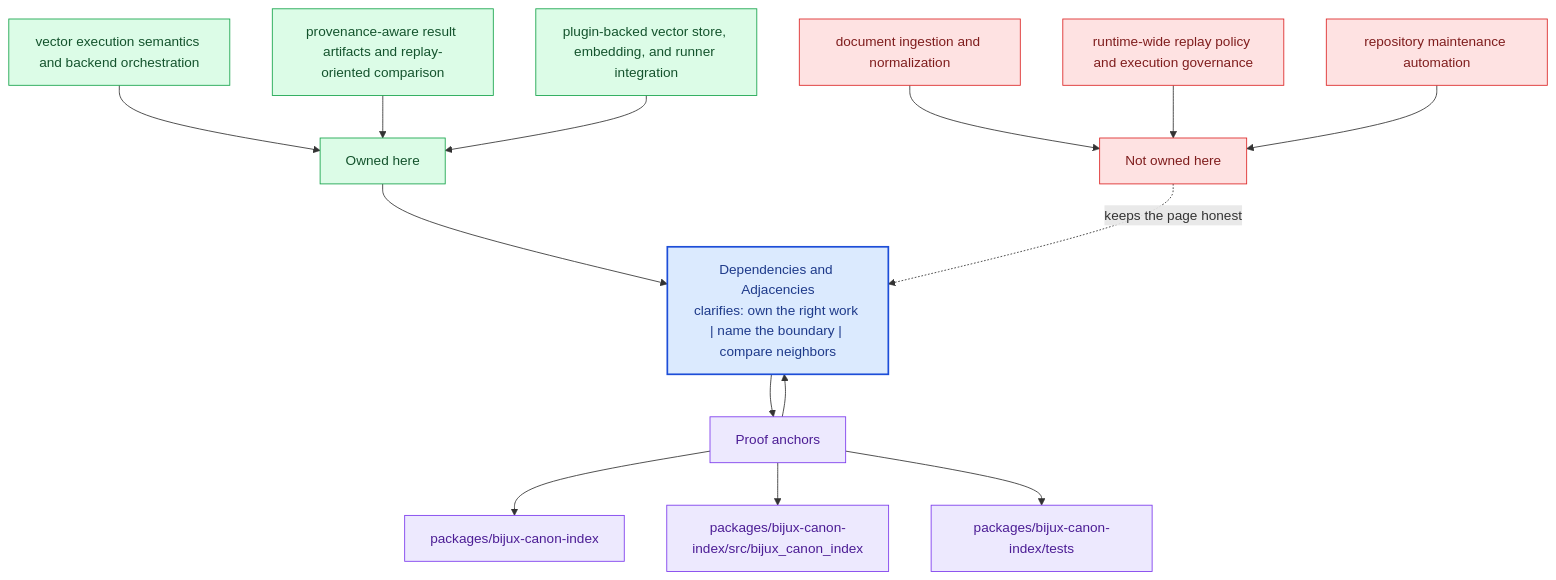
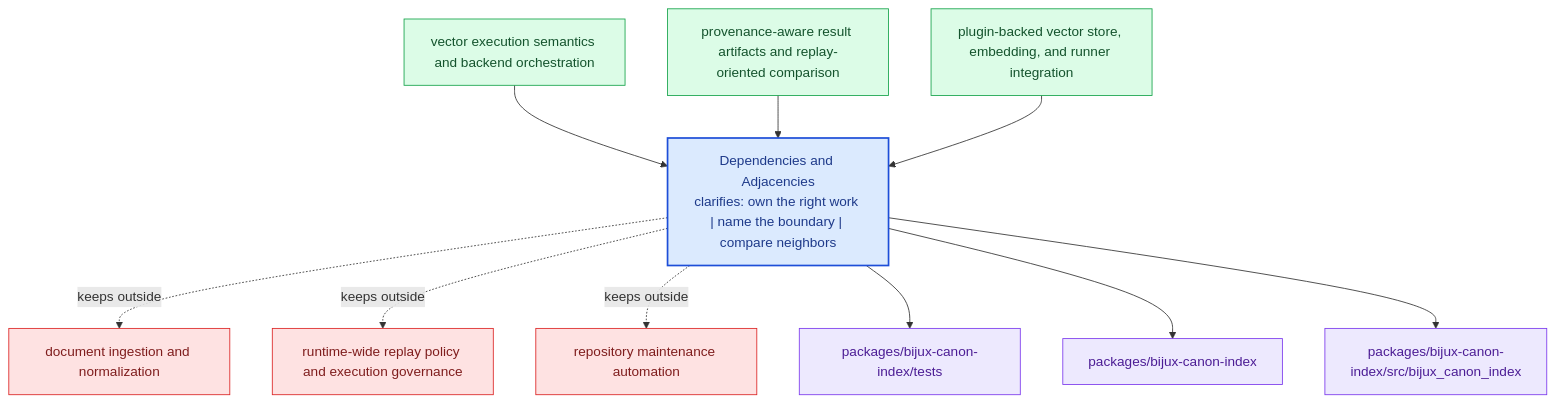
Before and after one commit to bijux/bijux-canon: the diagram in docs/bijux-canon-index/foundation/dependencies-and-adjacencies.md, drawn with Mermaid. The commit also changed other lines of this file and 281 other files, not shown here.

Commit message:
docs(diagrams): replace repeated mermaid scaffolds with page-specific summaries

````diff
--- a/docs/bijux-canon-index/foundation/dependencies-and-adjacencies.md
+++ b/docs/bijux-canon-index/foundation/dependencies-and-adjacencies.md
@@ -69,40 +24,31 @@
 ```mermaid
 flowchart TB
-    promise["Dependencies and Adjacencies<br/>clarifies: own the right work | name the boundary | compare neighbors"]
-    classDef promise fill:#dbeafe,stroke:#1d4ed8,color:#1e3a8a,stroke-width:2px;
-    classDef driver fill:#dcfce7,stroke:#16a34a,color:#14532d;
-    classDef constraint fill:#fee2e2,stroke:#dc2626,color:#7f1d1d;
-    classDef ground fill:#ede9fe,stroke:#7c3aed,color:#4c1d95;
-    focus1["Owned here"]
-    focus1 --> promise
-    focus1_1["vector execution semantics and backend orchestration"]
-    focus1_1 --> focus1
-    focus1_2["provenance-aware result artifacts and replay-oriented comparison"]
-    focus1_2 --> focus1
-    focus1_3["plugin-backed vector store, embedding, and runner integration"]
-    focus1_3 --> focus1
-    class focus1 driver;
-    class focus1_1,focus1_2,focus1_3 driver;
-    focus2["Not owned here"]
-    focus2 -.keeps the page honest.-> promise
-    focus2_1["document ingestion and normalization"]
-    focus2_1 --> focus2
-    focus2_2["runtime-wide replay policy and execution governance"]
-    focus2_2 --> focus2
-    focus2_3["repository maintenance automation"]
-    focus2_3 --> focus2
-    class focus2 constraint;
-    class focus2_1,focus2_2,focus2_3 constraint;
-    focus3["Proof anchors"]
-    focus3 --> promise
-    promise --> focus3
-    focus3_1["packages/bijux-canon-index"]
-    focus3 --> focus3_1
-    focus3_2["packages/bijux-canon-index/src/bijux_canon_index"]
-    focus3 --> focus3_2
-    focus3_3["packages/bijux-canon-index/tests"]
-    focus3 --> focus3_3
-    class focus3 ground;
-    class focus3_1,focus3_2,focus3_3 ground;
-    class promise promise;
+    page["Dependencies and Adjacencies<br/>clarifies: own the right work | name the boundary | compare neighbors"]
+    classDef page fill:#dbeafe,stroke:#1d4ed8,color:#1e3a8a,stroke-width:2px;
+    classDef positive fill:#dcfce7,stroke:#16a34a,color:#14532d;
+    classDef caution fill:#fee2e2,stroke:#dc2626,color:#7f1d1d;
+    classDef anchor fill:#ede9fe,stroke:#7c3aed,color:#4c1d95;
+    classDef action fill:#fef3c7,stroke:#d97706,color:#7c2d12;
+    own1["vector execution semantics and backend orchestration"]
+    own1 --> page
+    own2["provenance-aware result artifacts and replay-oriented comparison"]
+    own2 --> page
+    own3["plugin-backed vector store, embedding, and runner integration"]
+    own3 --> page
+    limit1["document ingestion and normalization"]
+    page -.keeps outside.-> limit1
+    limit2["runtime-wide replay policy and execution governance"]
+    page -.keeps outside.-> limit2
+    limit3["repository maintenance automation"]
+    page -.keeps outside.-> limit3
+    anchor1["packages/bijux-canon-index/tests"]
+    page --> anchor1
+    anchor2["packages/bijux-canon-index"]
+    page --> anchor2
+    anchor3["packages/bijux-canon-index/src/bijux_canon_index"]
+    page --> anchor3
+    class page page;
+    class own1,own2,own3 positive;
+    class limit1,limit2,limit3 caution;
+    class anchor1,anchor2,anchor3 anchor;
 ```
````
